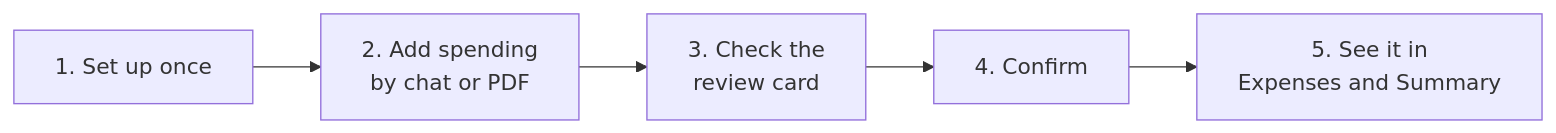
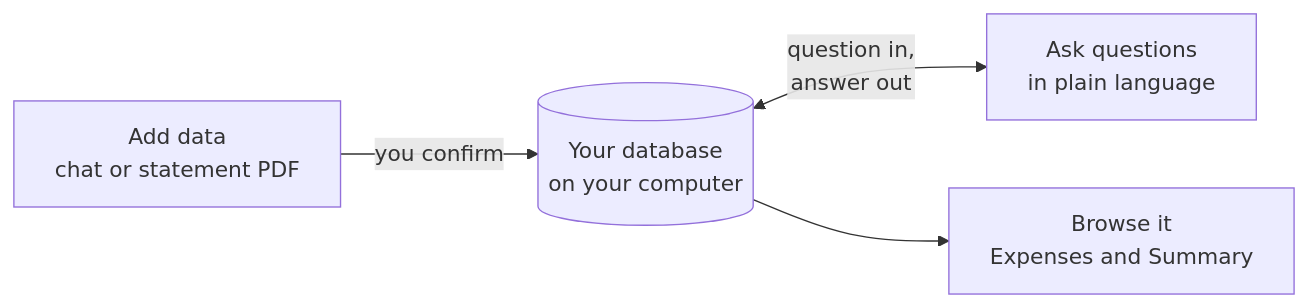
One commit to SameerR007/haushaltsbuch changed the first of 4 diagrams in README.md. Above: the diagram before and after it, drawn with Mermaid. The commit also changed other lines of this file and 4 other files, not shown here.

````diff
--- a/README.md
+++ b/README.md
@@ -32,7 +42,6 @@
 ```mermaid
 flowchart LR
-    A["1. Set up once"] --> B["2. Add spending<br/>by chat or PDF"]
-    B --> C["3. Check the<br/>review card"]
-    C --> D["4. Confirm"]
-    D --> E["5. See it in<br/>Expenses and Summary"]
+    ADD["Add data<br/>chat or statement PDF"] -->|"you confirm"| DB[("Your database<br/>on your computer")]
+    DB <-->|"question in,<br/>answer out"| ASK["Ask questions<br/>in plain language"]
+    DB --> VIEW["Browse it<br/>Expenses and Summary"]
 ```
````
